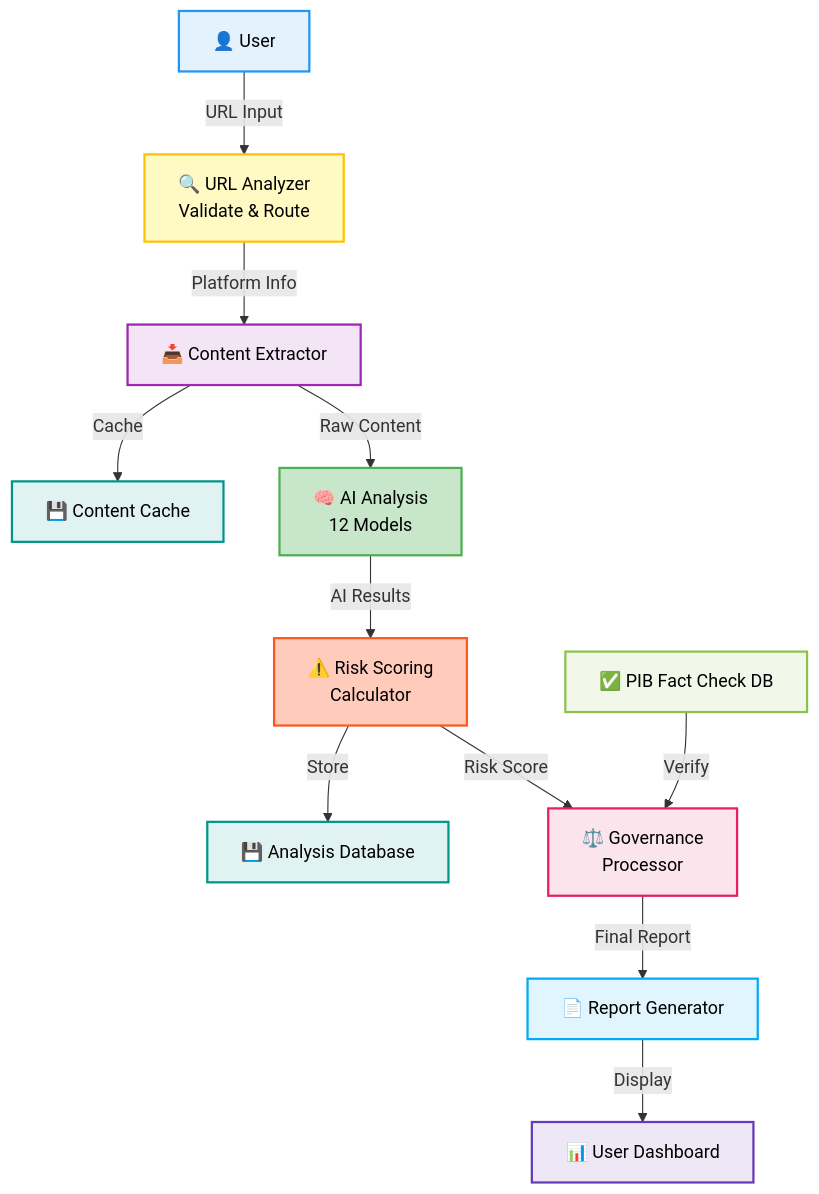
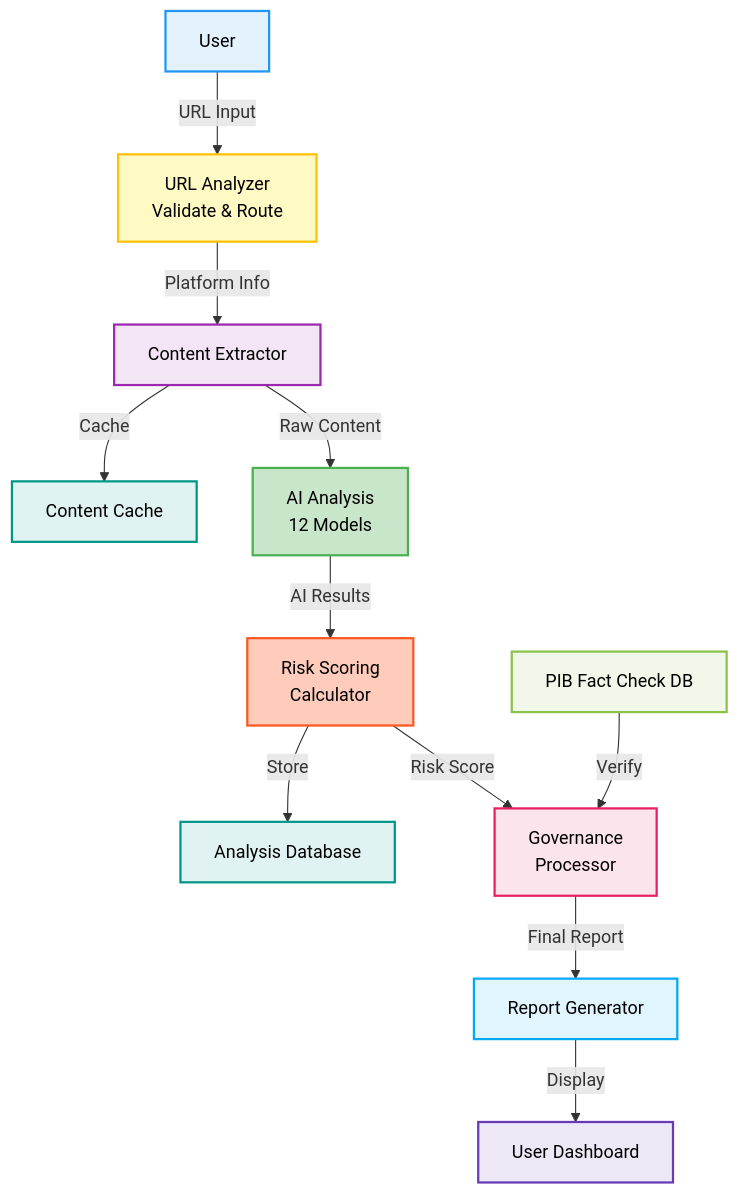
One commit to AbhishekGiri04/SATYA-DRISHTI changed the third of 6 diagrams in README.md. Above: the diagram before and after it, drawn with Mermaid. The commit also changed other lines of this file, not shown here.

Commit message:
Replace architecture diagrams and add team section with images

````diff
--- a/README.md
+++ b/README.md
@@ -213,25 +230,25 @@
 ```mermaid
 graph TD
-    A[👤 User] -->|URL Input| B[🔍 URL Analyzer<br/>Validate & Route]
-    B -->|Platform Info| C[📥 Content Extractor]
-    C -->|Cache| D[💾 Content Cache]
-    C -->|Raw Content| E[🧠 AI Analysis<br/>12 Models]
-    E -->|AI Results| F[⚠️ Risk Scoring<br/>Calculator]
-    F -->|Store| G[💾 Analysis Database]
-    F -->|Risk Score| H[⚖️ Governance<br/>Processor]
-    I[✅ PIB Fact Check DB] -->|Verify| H
-    H -->|Final Report| J[📄 Report Generator]
-    J -->|Display| K[📊 User Dashboard]
+    A[User] -->|URL Input| B[URL Analyzer<br/>Validate & Route]
+    B -->|Platform Info| C[Content Extractor]
+    C -->|Cache| D[Content Cache]
+    C -->|Raw Content| E[AI Analysis<br/>12 Models]
+    E -->|AI Results| F[Risk Scoring<br/>Calculator]
+    F -->|Store| G[Analysis Database]
+    F -->|Risk Score| H[Governance<br/>Processor]
+    I[PIB Fact Check DB] -->|Verify| H
+    H -->|Final Report| J[Report Generator]
+    J -->|Display| K[User Dashboard]
     
     style A fill:#E3F2FD,stroke:#2196F3,stroke-width:2px,color:#000
     style B fill:#FFF9C4,stroke:#FFC107,stroke-width:2px,color:#000
     style C fill:#F3E5F5,stroke:#9C27B0,stroke-width:2px,color:#000
     style D fill:#E0F2F1,stroke:#009688,stroke-width:2px,color:#000
     style E fill:#C8E6C9,stroke:#4CAF50,stroke-width:2px,color:#000
     style F fill:#FFCCBC,stroke:#FF5722,stroke-width:2px,color:#000
     style G fill:#E0F2F1,stroke:#009688,stroke-width:2px,color:#000
     style H fill:#FCE4EC,stroke:#E91E63,stroke-width:2px,color:#000
     style I fill:#F1F8E9,stroke:#8BC34A,stroke-width:2px,color:#000
     style J fill:#E1F5FE,stroke:#03A9F4,stroke-width:2px,color:#000
     style K fill:#EDE7F6,stroke:#673AB7,stroke-width:2px,color:#000
 ```
````
